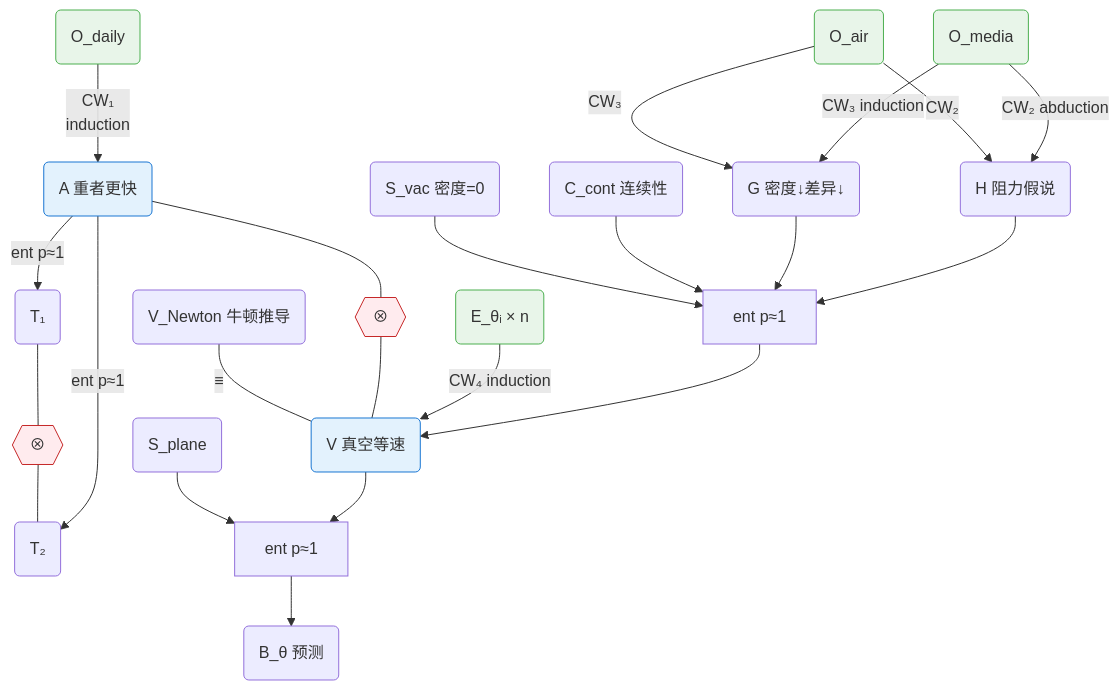
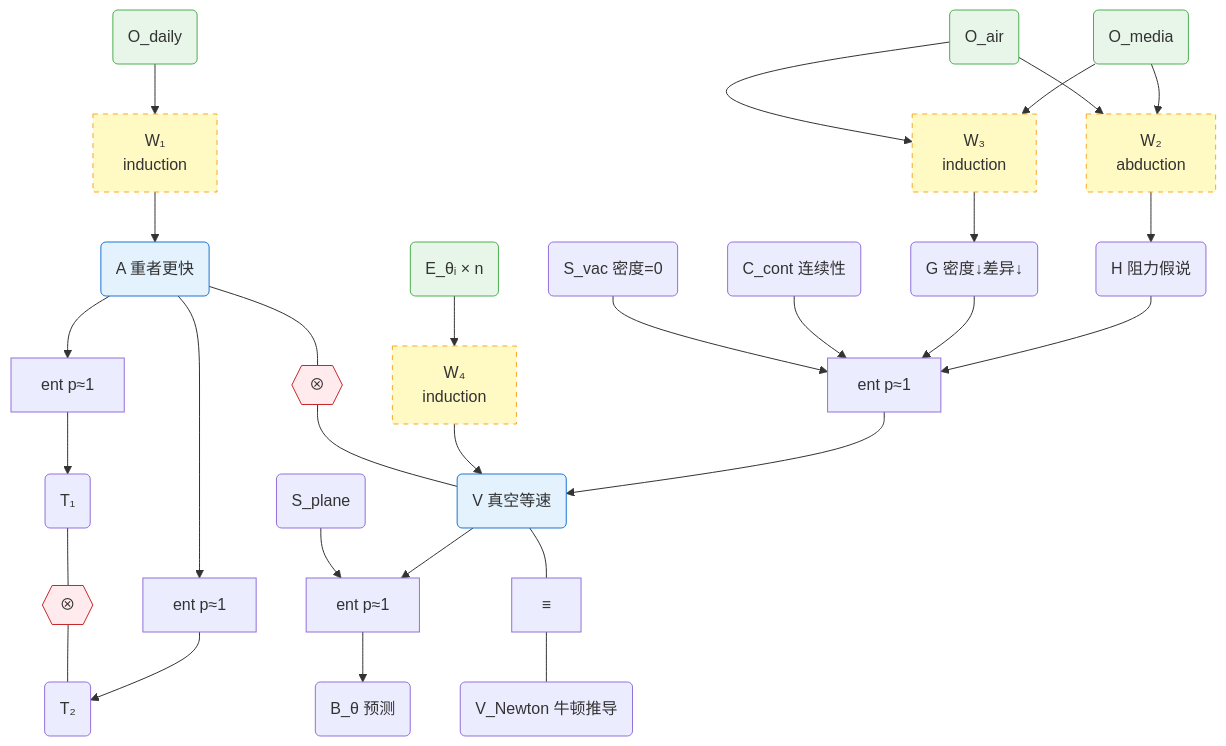
The tenth of 10 diagrams in docs/foundations/theory/science-formalization.md (SiliconEinstein/Gaia), drawn with Mermaid before and after one commit. The commit also changed other lines of this file, not shown here.

````diff
--- a/docs/foundations/theory/science-formalization.md
+++ b/docs/foundations/theory/science-formalization.md
@@ -371,32 +372,34 @@
 ```mermaid
 graph TD
     %% ===== Logic path (refute A) =====
-    Odaily("O_daily"):::obs -->|"CW₁<br/>induction"| A("A 重者更快"):::concl
-    A -->|"ent p≈1"| T1("T₁") & T2("T₂")
+    Odaily("O_daily"):::obs --> w1["W₁<br/>induction"]:::weak --> A("A 重者更快"):::concl
+    A --> fA1["ent p≈1"] --> T1("T₁")
+    A --> fA2["ent p≈1"] --> T2("T₂")
     T1 --- c1{{"⊗"}}:::contra --- T2
 
     %% ===== Observation path =====
-    Omedia("O_media"):::obs -->|"CW₂ abduction"| H("H 阻力假说")
-    Oair("O_air"):::obs -->|"CW₂"| H
-    Omedia -->|"CW₃ induction"| G("G 密度↓差异↓")
-    Oair -->|"CW₃"| G
+    Omedia("O_media"):::obs --> w2["W₂<br/>abduction"]:::weak --> H("H 阻力假说")
+    Oair("O_air"):::obs --> w2
+    Omedia --> w3["W₃<br/>induction"]:::weak --> G("G 密度↓差异↓")
+    Oair --> w3
     H --> f1["ent p≈1"]
     G --> f1
     Ccont("C_cont 连续性") --> f1
     Svac("S_vac 密度=0") --> f1
     f1 --> V("V 真空等速"):::concl
 
     %% ===== Experiment path =====
     V --> f2["ent p≈1"]
     Sp("S_plane") --> f2
     f2 --> Btheta("B_θ 预测")
-    Etheta("E_θᵢ × n"):::obs -->|"CW₄ induction"| V
+    Etheta("E_θᵢ × n"):::obs --> w4["W₄<br/>induction"]:::weak --> V
 
     %% ===== Constraints =====
     A --- c2{{"⊗"}}:::contra --- V
-    VN("V_Newton 牛顿推导") ---|"≡"| V
+    V --- veq["≡"] --- VN("V_Newton 牛顿推导")
 
     classDef obs fill:#e8f5e9,stroke:#4caf50
     classDef concl fill:#e3f2fd,stroke:#1976d2
     classDef contra fill:#ffebee,stroke:#c62828
+    classDef weak fill:#fff9c4,stroke:#f9a825,stroke-dasharray: 5 5
 ```
````
